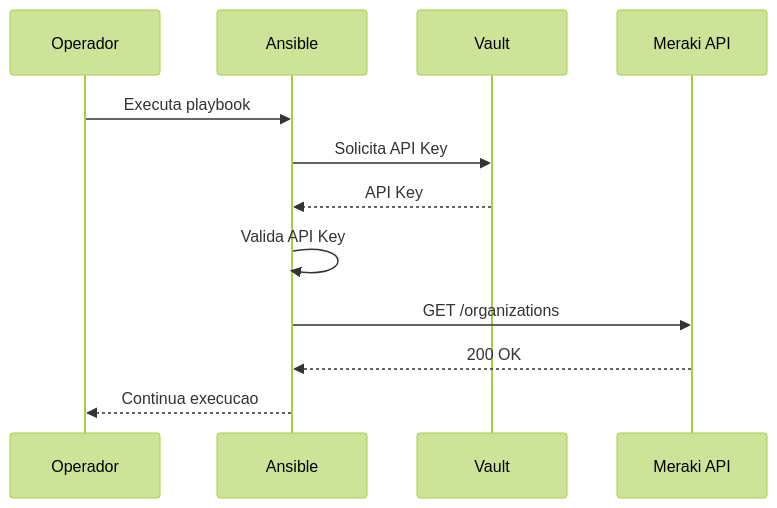
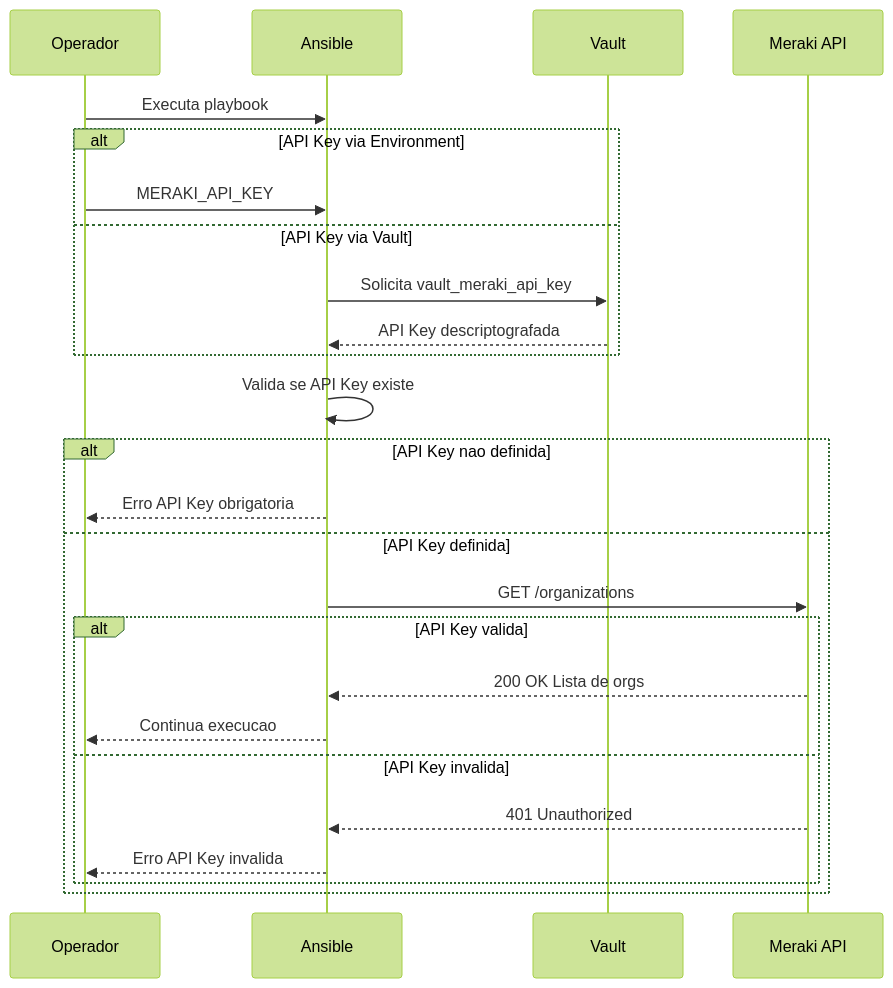
One commit to rodrigo-freitas-com/meraki-ansible changed the fourth of 13 diagrams in docs/system-modeling.md. Above: the diagram before and after it, drawn with Mermaid (forest theme). The commit also changed other lines of this file, not shown here.

````diff
--- a/docs/system-modeling.md
+++ b/docs/system-modeling.md
@@ -166,15 +161,32 @@
 ```mermaid
 sequenceDiagram
     participant O as Operador
     participant A as Ansible
     participant V as Vault
     participant M as Meraki API
 
     O->>A: Executa playbook
-    A->>V: Solicita API Key
-    V-->>A: API Key
-    A->>A: Valida API Key
-    A->>M: GET /organizations
-    M-->>A: 200 OK
-    A-->>O: Continua execucao
+
+    alt API Key via Environment
+        O->>A: MERAKI_API_KEY
+    else API Key via Vault
+        A->>V: Solicita vault_meraki_api_key
+        V-->>A: API Key descriptografada
+    end
+
+    A->>A: Valida se API Key existe
+
+    alt API Key nao definida
+        A-->>O: Erro API Key obrigatoria
+    else API Key definida
+        A->>M: GET /organizations
+
+        alt API Key valida
+            M-->>A: 200 OK Lista de orgs
+            A-->>O: Continua execucao
+        else API Key invalida
+            M-->>A: 401 Unauthorized
+            A-->>O: Erro API Key invalida
+        end
+    end
 ```
````
